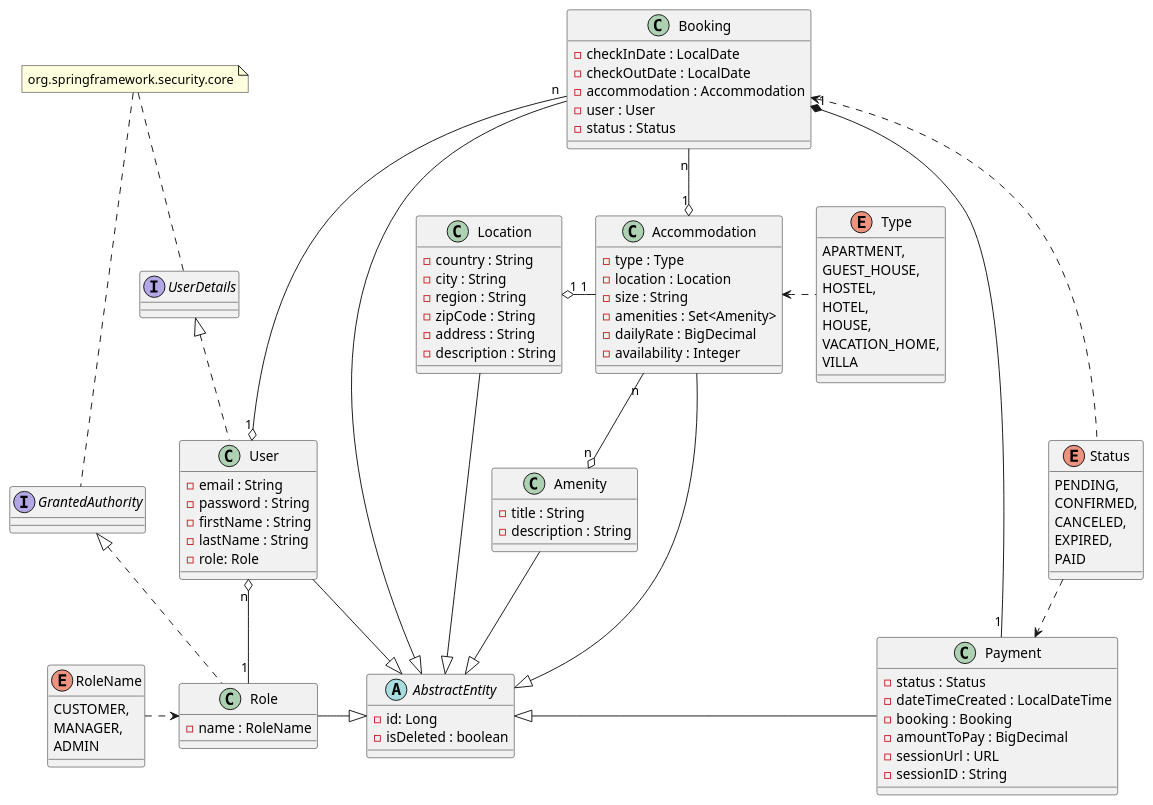
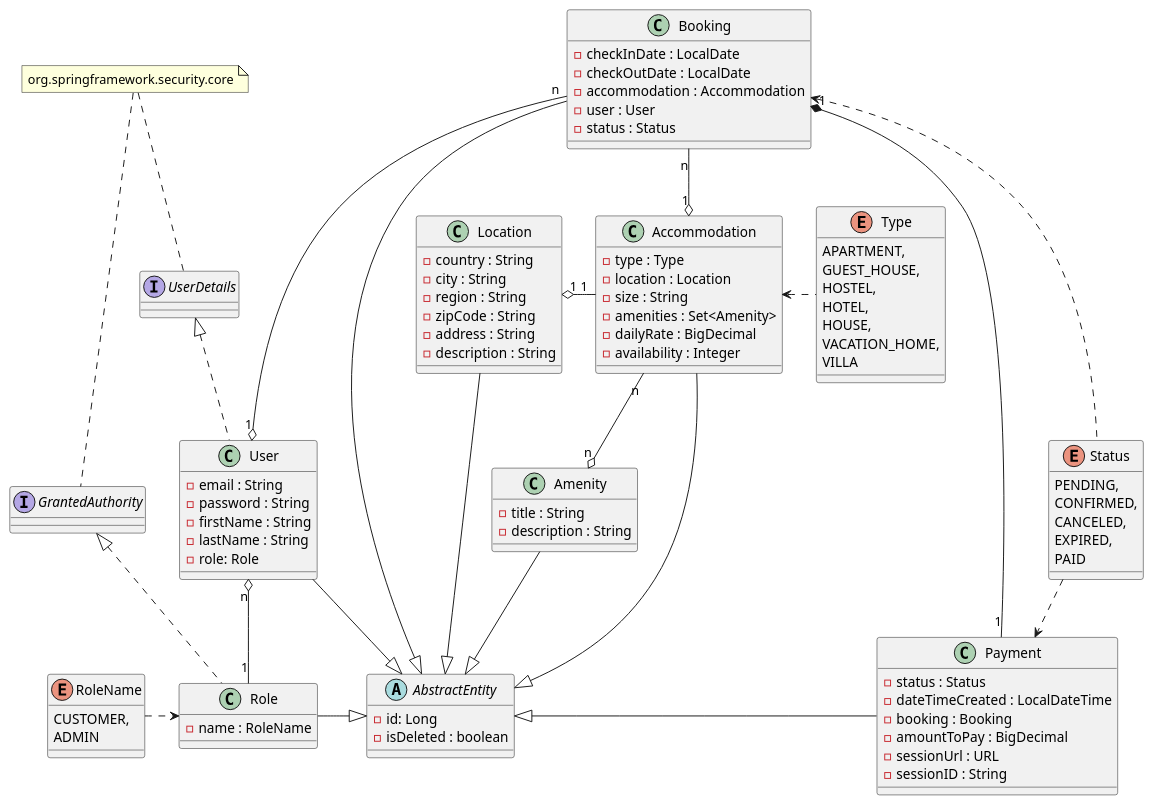
The diagram in UmlModel.puml (yanna-stepanova/AccommodationBookingService), drawn with PlantUML before and after one commit. The commit also changed 13 other files, not shown here.

```diff
--- a/UmlModel.puml
+++ b/UmlModel.puml
@@ -1,114 +1,113 @@
 @startuml
 
 abstract class AbstractEntity {
 - id: Long
 - isDeleted : boolean
 }
 interface UserDetails
 interface GrantedAuthority
 
 class Accommodation {
 - type : Type
 - location : Location
 - size : String
 - amenities : Set<Amenity>
 - dailyRate : BigDecimal
 - availability : Integer
 }
 
 class Location {
 - country : String
 - city : String
 - region : String
 - zipCode : String
 - address : String
 - description : String
 }
 
 class Amenity {
 - title : String
 - description : String
 }
 
 class Role {
 - name : RoleName
 }
 
 
 class User {
 - email : String
 - password : String
 - firstName : String
 - lastName : String
 - role: Role
 }
 
 class Booking {
 - checkInDate : LocalDate
 - checkOutDate : LocalDate
 - accommodation : Accommodation
 - user : User
 - status : Status
 }
 
 class Payment {
 - status : Status
 - dateTimeCreated : LocalDateTime
 - booking : Booking
 - amountToPay : BigDecimal
 - sessionUrl : URL
 - sessionID : String
 }
 
 enum Type {
     APARTMENT,
     GUEST_HOUSE,
     HOSTEL,
     HOTEL,
     HOUSE,
     VACATION_HOME,
     VILLA
 }
 
 enum RoleName {
     CUSTOMER,
-    MANAGER,
     ADMIN
 }
 
 enum Status {
     PENDING,
     CONFIRMED,
     CANCELED,
     EXPIRED,
     PAID
 }
 
 note "org.springframework.security.core" as MyNote
 MyNote .. UserDetails
 MyNote .. GrantedAuthority
 
 UserDetails <|.. User
 GrantedAuthority <|.. Role
 
 Booking --|> AbstractEntity
 User -|> AbstractEntity
 Role -|> AbstractEntity
 Accommodation --|> AbstractEntity
 Location --|> AbstractEntity
 AbstractEntity <|- Payment
 Amenity --|> AbstractEntity
 
 User "n" o-- "1" Role
 Booking "n" --o "1" User
 Location "1" o- "1" Accommodation
 Accommodation "n" --o "n" Amenity
 Booking "n" --o "1" Accommodation
 Booking "1" *-- "1" Payment
 
 RoleName .> Role
 Accommodation <. Type
 Booking <. Status
 Status ..> Payment
 
 @enduml
```
